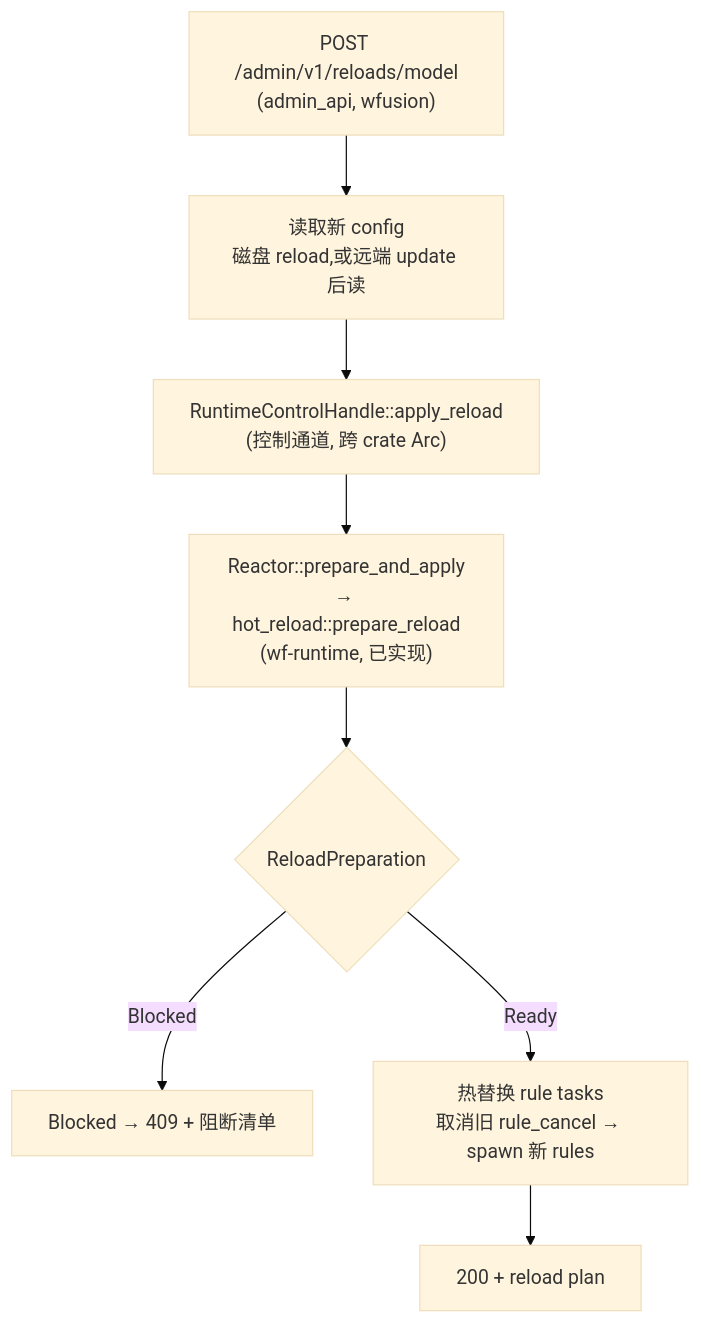
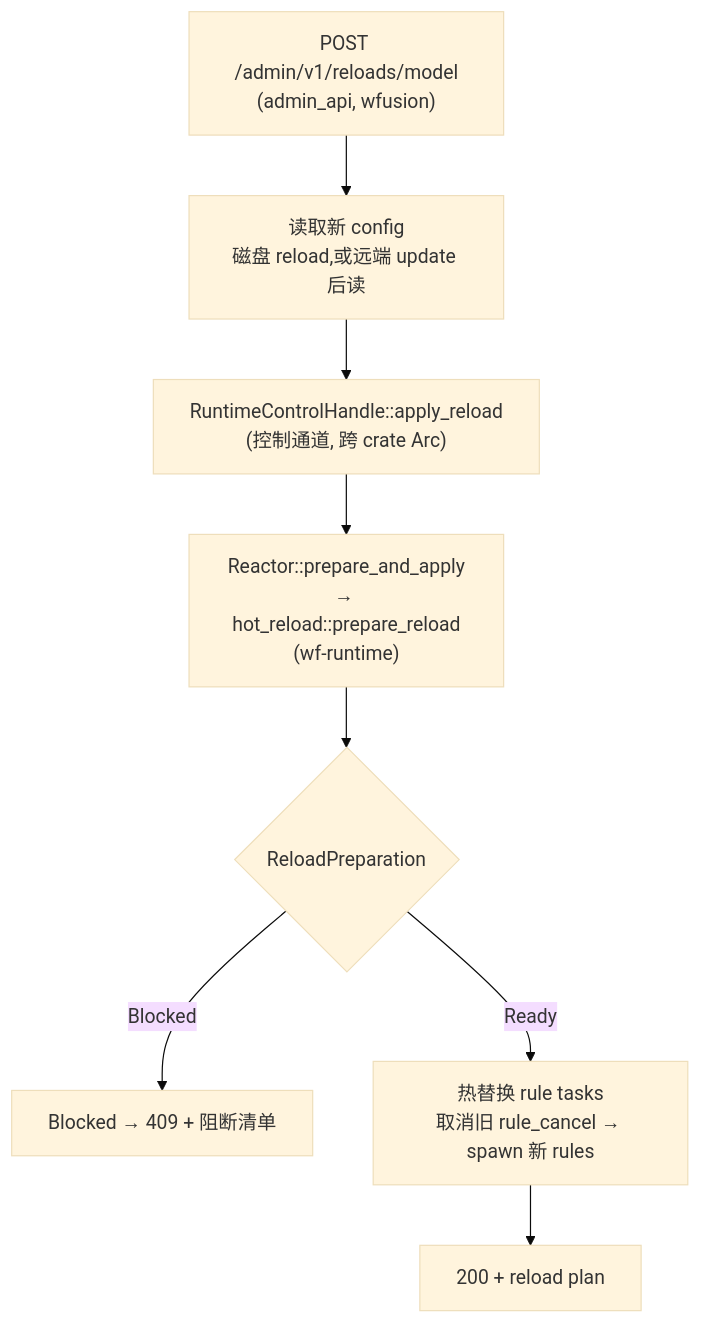
One commit to wensiwei12/warp-fusion changed the second of 4 diagrams in docs/design/admin_api_reload_design.md. Above: the diagram before and after it, drawn with Mermaid (base theme). The commit also changed other lines of this file and 6 other files, not shown here.

````diff
--- a/docs/design/admin_api_reload_design.md
+++ b/docs/design/admin_api_reload_design.md
@@ -120,15 +151,15 @@
 ```mermaid
 flowchart TD
     CLI["POST /admin/v1/reloads/model<br/>(admin_api, wfusion)"]
     LOAD["读取新 config<br/>磁盘 reload,或远端 update 后读"]
     CTRL["RuntimeControlHandle::apply_reload<br/>(控制通道, 跨 crate Arc)"]
-    PREP["Reactor::prepare_and_apply<br/>→ hot_reload::prepare_reload<br/>(wf-runtime, 已实现)"]
+    PREP["Reactor::prepare_and_apply<br/>→ hot_reload::prepare_reload<br/>(wf-runtime)"]
     DECIDE{ReloadPreparation}
     BLOCKED["Blocked → 409 + 阻断清单"]
     SWAP["热替换 rule tasks<br/>取消旧 rule_cancel → spawn 新 rules"]
     DONE["200 + reload plan"]
 
     CLI --> LOAD --> CTRL --> PREP --> DECIDE
     DECIDE -->|Blocked| BLOCKED
     DECIDE -->|Ready| SWAP --> DONE
 ```
````
